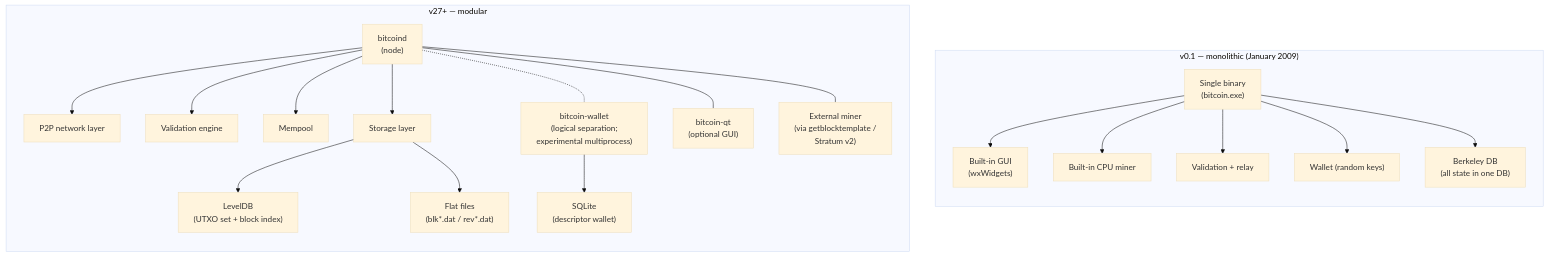
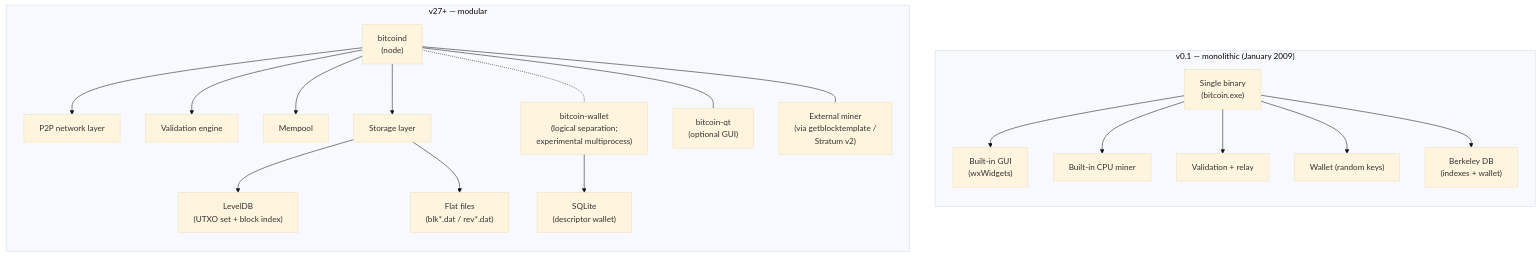
Before and after one commit to cypher256/BitcoinArchive: the first of 10 diagrams in src/data/entries/en/design/2009-01-03-bitcoin-architecture-evolution.md, drawn with Mermaid (base theme). The commit also changed other lines of this file and 19 other files, not shown here.

````diff
--- a/src/data/entries/en/design/2009-01-03-bitcoin-architecture-evolution.md
+++ b/src/data/entries/en/design/2009-01-03-bitcoin-architecture-evolution.md
@@ -34,30 +34,30 @@
 ```mermaid
 flowchart TB
     subgraph V01["v0.1 — monolithic (January 2009)"]
         direction TB
         MONO["Single binary<br/>(bitcoin.exe)"]
         MONO --> GUI_0["Built-in GUI<br/>(wxWidgets)"]
         MONO --> MINE_0["Built-in CPU miner"]
         MONO --> VALID_0["Validation + relay"]
         MONO --> WALL_0["Wallet (random keys)"]
-        MONO --> BDB["Berkeley DB<br/>(all state in one DB)"]
+        MONO --> BDB["Berkeley DB<br/>(indexes + wallet)"]
     end
 
     subgraph V27["v27+ — modular"]
         direction TB
         NODE["bitcoind<br/>(node)"]
         NODE --> P2P_N["P2P network layer"]
         NODE --> VALID_N["Validation engine"]
         NODE --> MEMPOOL_N["Mempool"]
         NODE --> STORE_N["Storage layer"]
         STORE_N --> LEVEL["LevelDB<br/>(UTXO set + block index)"]
         STORE_N --> FLAT["Flat files<br/>(blk*.dat / rev*.dat)"]
         WALL_N["bitcoin-wallet<br/>(logical separation;<br/>experimental multiprocess)"]
         WALL_N --> SQL["SQLite<br/>(descriptor wallet)"]
         NODE -.- WALL_N
         QT["bitcoin-qt<br/>(optional GUI)"]
         NODE --- QT
         EXT_MINE["External miner<br/>(via getblocktemplate /<br/>Stratum v2)"]
         NODE --- EXT_MINE
     end
 ```
````
